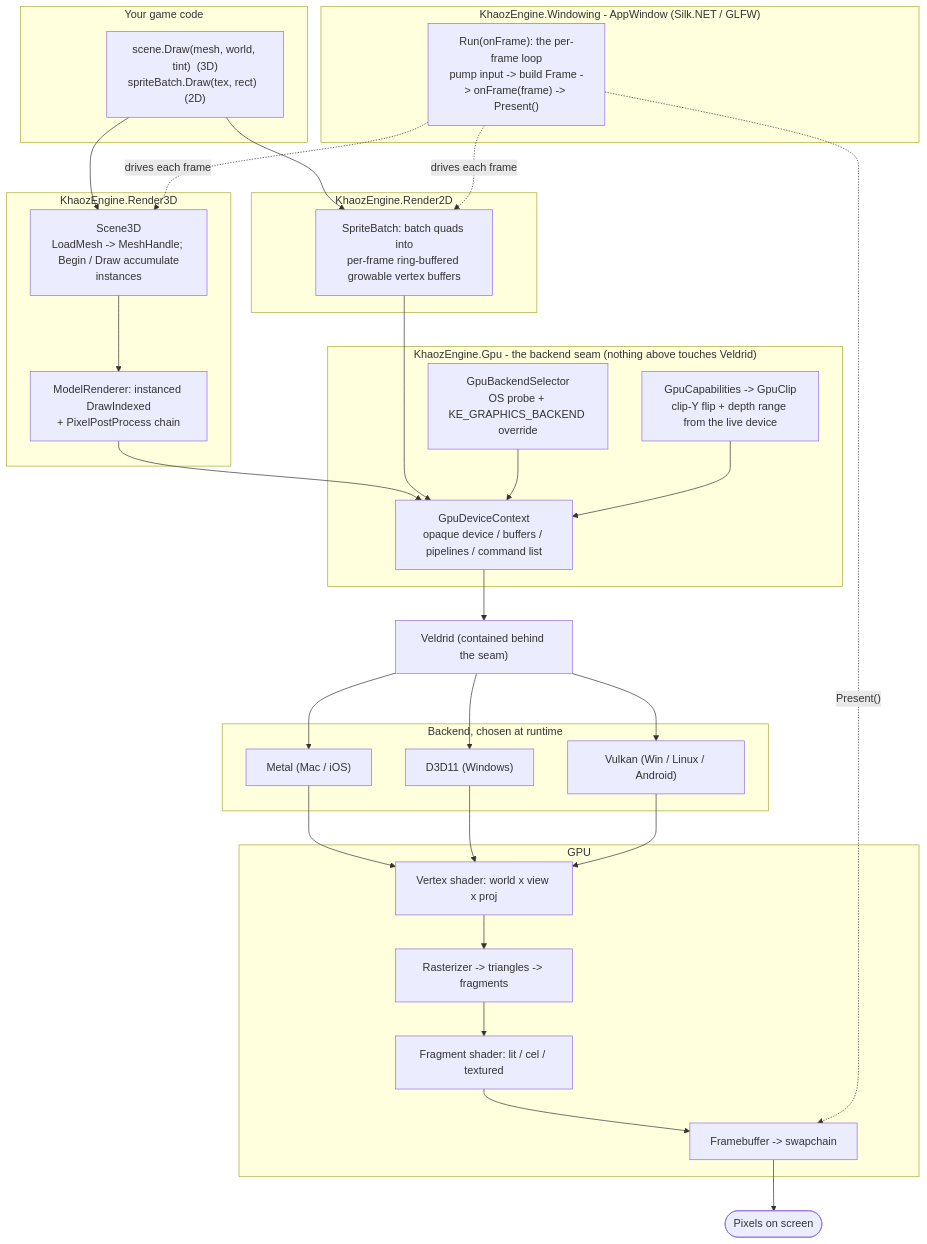
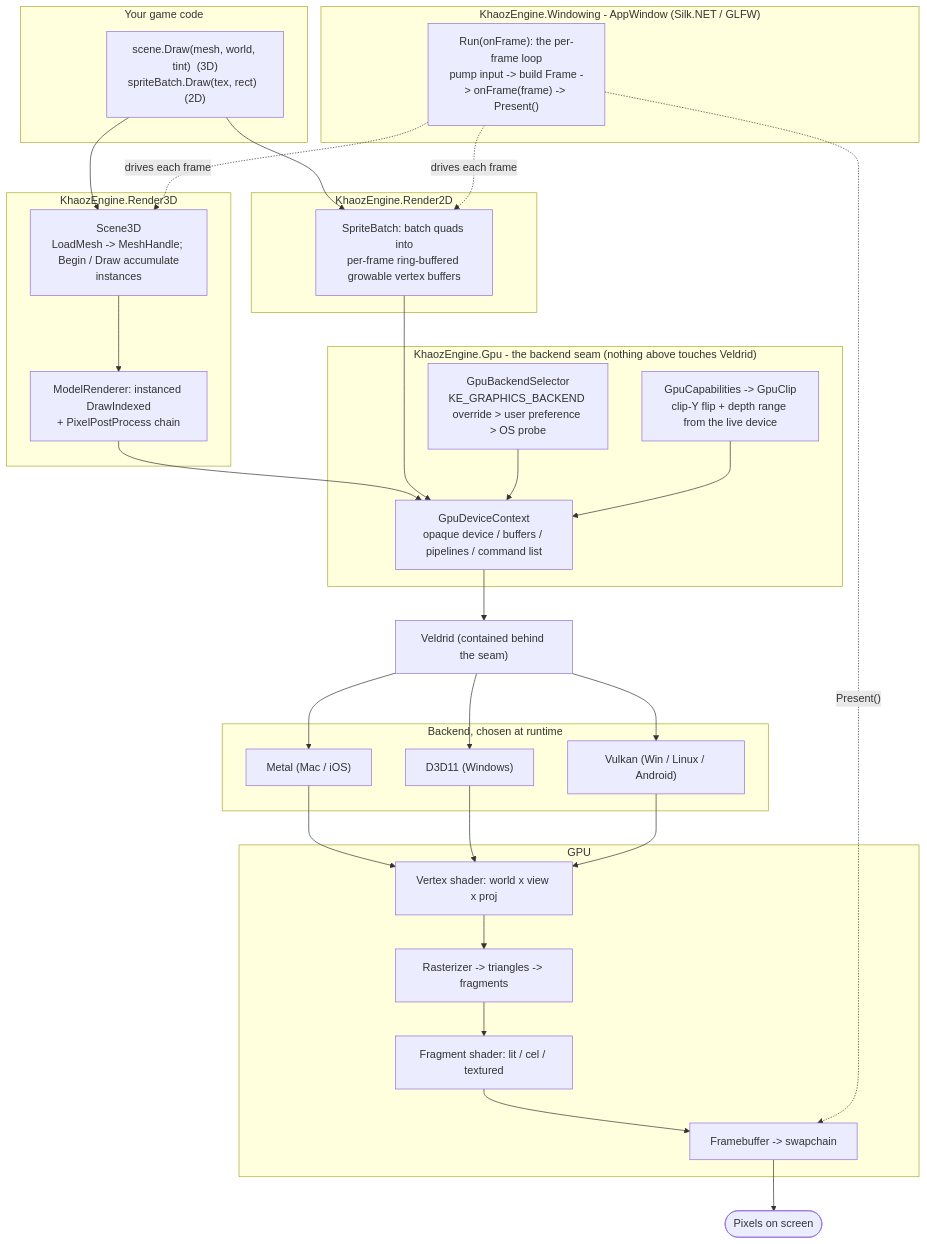
Before and after one commit to APKiwiOrg/KhaozEngine: the first of 3 diagrams in docs/RENDER-PIPELINE.md, drawn with Mermaid. The commit also changed other lines of this file and 10 other files, not shown here.

````diff
--- a/docs/RENDER-PIPELINE.md
+++ b/docs/RENDER-PIPELINE.md
@@ -9,56 +9,56 @@
 ```mermaid
 flowchart TD
     subgraph game["Your game code"]
         GC["scene.Draw(mesh, world, tint)  (3D)<br/>spriteBatch.Draw(tex, rect)  (2D)"]
     end
 
     subgraph win["KhaozEngine.Windowing - AppWindow (Silk.NET / GLFW)"]
         LOOP["Run(onFrame): the per-frame loop<br/>pump input -> build Frame -> onFrame(frame) -> Present()"]
     end
 
     subgraph r3["KhaozEngine.Render3D"]
         S3["Scene3D<br/>LoadMesh -> MeshHandle;  Begin / Draw accumulate instances"]
         MR["ModelRenderer: instanced DrawIndexed<br/>+ PixelPostProcess chain"]
     end
     subgraph r2["KhaozEngine.Render2D"]
         SB["SpriteBatch: batch quads into<br/>per-frame ring-buffered growable vertex buffers"]
     end
 
     subgraph gpu["KhaozEngine.Gpu - the backend seam (nothing above touches Veldrid)"]
         DEV["GpuDeviceContext<br/>opaque device / buffers / pipelines / command list"]
-        SEL["GpuBackendSelector<br/>OS probe + KE_GRAPHICS_BACKEND override"]
+        SEL["GpuBackendSelector<br/>KE_GRAPHICS_BACKEND override > user preference > OS probe"]
         CAP["GpuCapabilities -> GpuClip<br/>clip-Y flip + depth range from the live device"]
     end
 
     VEL["Veldrid (contained behind the seam)"]
 
     subgraph back["Backend, chosen at runtime"]
         MTL["Metal (Mac / iOS)"]
         D3D["D3D11 (Windows)"]
         VK["Vulkan (Win / Linux / Android)"]
     end
 
     subgraph hw["GPU"]
         VS["Vertex shader: world x view x proj"]
         RAS["Rasterizer -> triangles -> fragments"]
         FS["Fragment shader: lit / cel / textured"]
         FB["Framebuffer -> swapchain"]
     end
 
     SCREEN(["Pixels on screen"])
 
     GC --> S3
     GC --> SB
     S3 --> MR
     LOOP -. drives each frame .-> S3
     LOOP -. drives each frame .-> SB
     MR --> DEV
     SB --> DEV
     SEL --> DEV
     CAP --> DEV
     DEV --> VEL
     VEL --> MTL & D3D & VK
     MTL & D3D & VK --> VS
     VS --> RAS --> FS --> FB --> SCREEN
     LOOP -. Present() .-> FB
 ```
````
